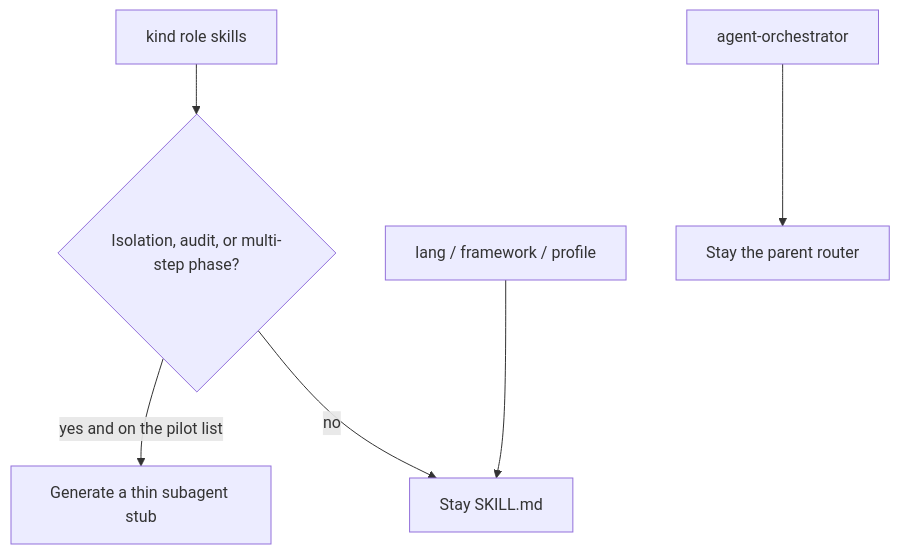
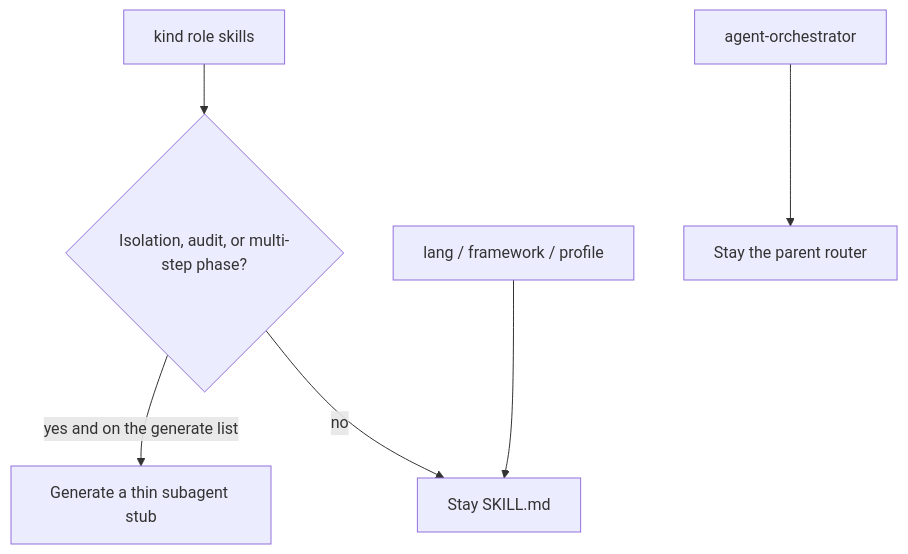
One commit to mzworthington/agent-lifecycle-kit changed the first of 2 diagrams in docs/subagents.md. Above: the diagram before and after it, drawn with Mermaid. The commit also changed other lines of this file and 23 other files, not shown here.

````diff
--- a/docs/subagents.md
+++ b/docs/subagents.md
@@ -7,9 +7,9 @@
 ```mermaid
 flowchart TB
   roles[kind role skills]
   roles --> yes{Isolation, audit, or multi-step phase?}
-  yes -->|yes and on the pilot list| agent[Generate a thin subagent stub]
+  yes -->|yes and on the generate list| agent[Generate a thin subagent stub]
   yes -->|no| skill[Stay SKILL.md]
   profiles[lang / framework / profile] --> skill
   orch[agent-orchestrator] --> parent[Stay the parent router]
 ```
````
